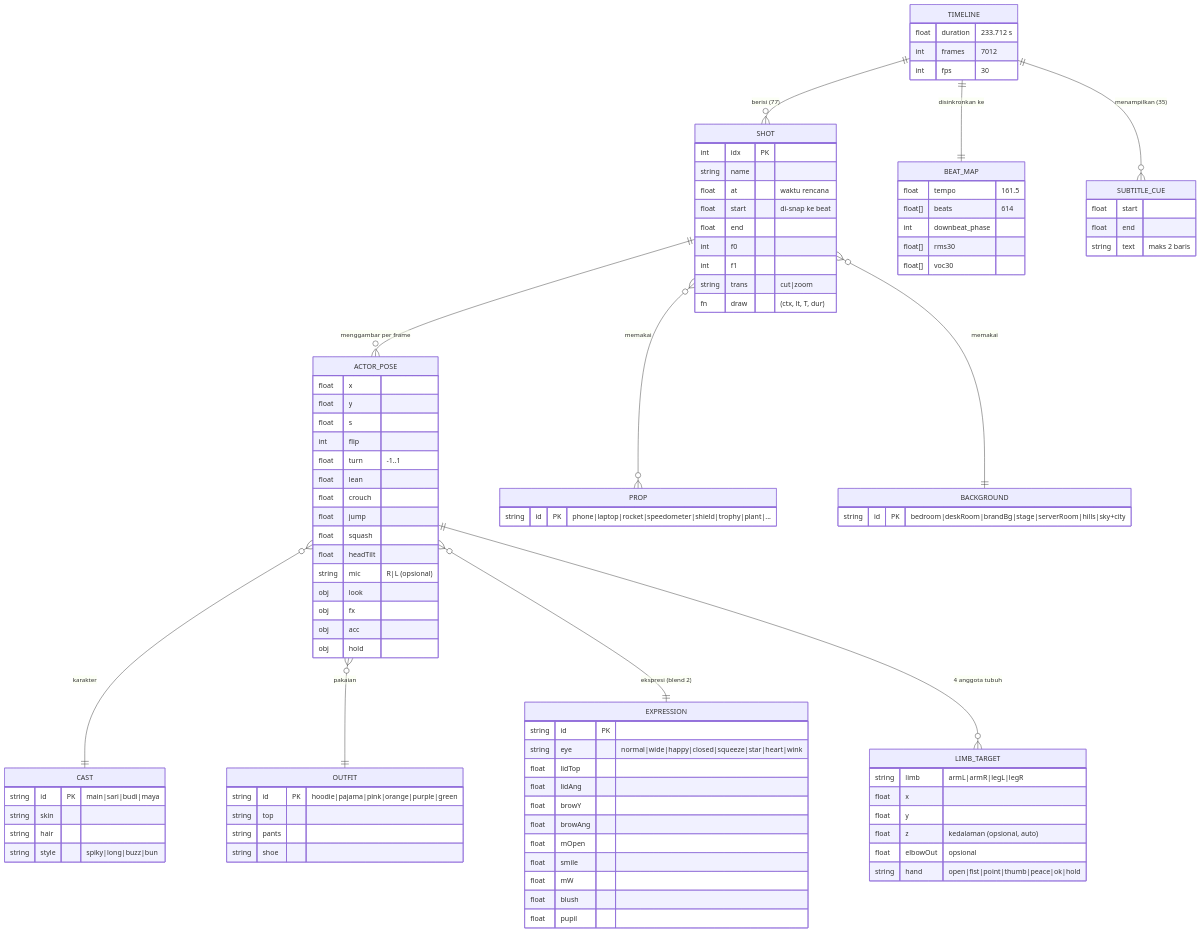
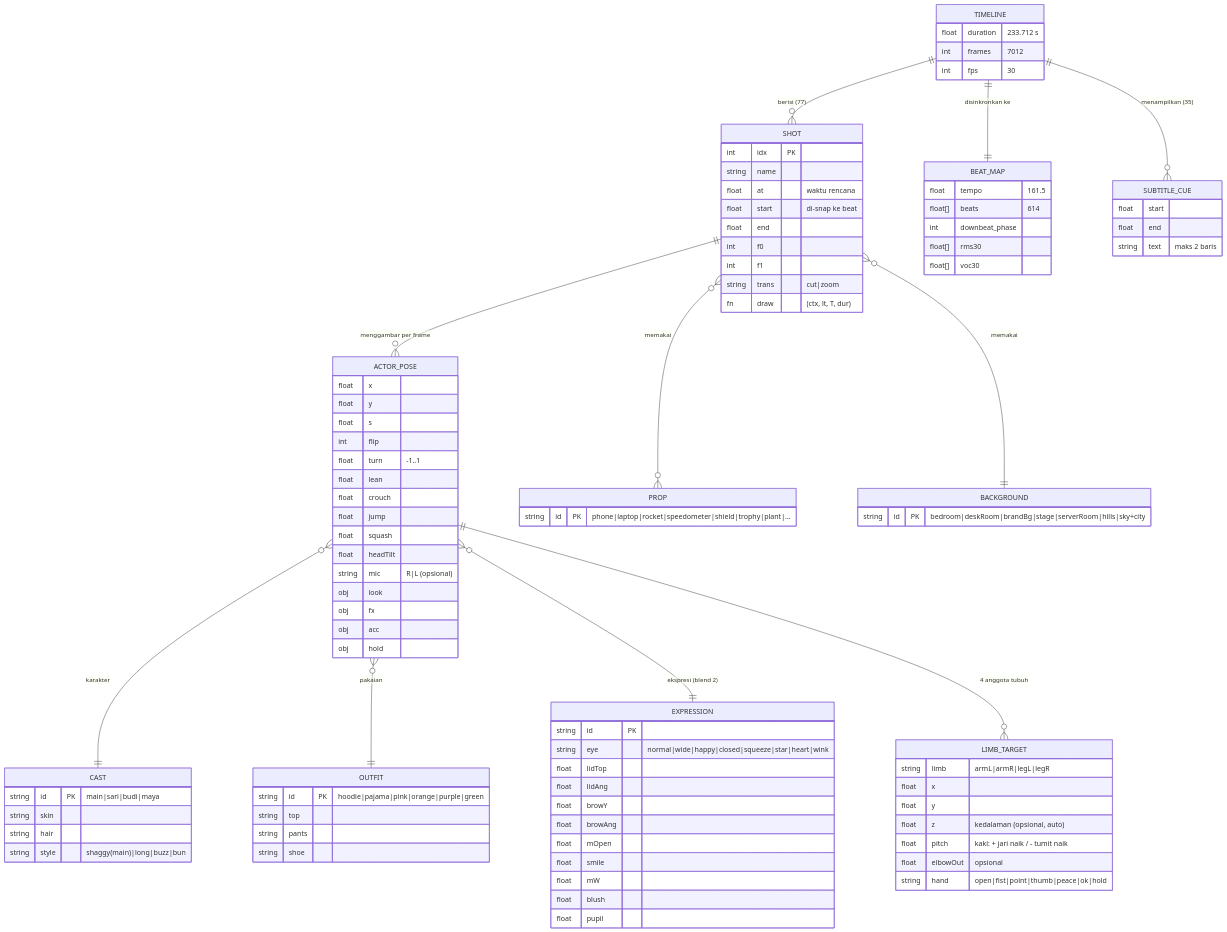
Before and after one commit to Dzbot01/Boosteryuk: the diagram in media/music-video/docs/DATA-MODEL.md, drawn with Mermaid. The commit also changed other lines of this file and 21 other files, not shown here.

````diff
--- a/media/music-video/docs/DATA-MODEL.md
+++ b/media/music-video/docs/DATA-MODEL.md
@@ -5,25 +5,25 @@
 ```mermaid
 erDiagram
     TIMELINE ||--o{ SHOT : "berisi (77)"
     TIMELINE ||--|| BEAT_MAP : "disinkronkan ke"
     TIMELINE ||--o{ SUBTITLE_CUE : "menampilkan (35)"
     SHOT ||--o{ ACTOR_POSE : "menggambar per frame"
     SHOT }o--o{ PROP : "memakai"
     SHOT }o--|| BACKGROUND : "memakai"
     ACTOR_POSE }o--|| CAST : "karakter"
     ACTOR_POSE }o--|| OUTFIT : "pakaian"
     ACTOR_POSE }o--|| EXPRESSION : "ekspresi (blend 2)"
     ACTOR_POSE ||--o{ LIMB_TARGET : "4 anggota tubuh"
 
     TIMELINE { float duration "233.712 s" int frames "7012" int fps "30" }
     SHOT { int idx PK string name float at "waktu rencana" float start "di-snap ke beat" float end int f0 int f1 string trans "cut|zoom" fn draw "(ctx, lt, T, dur)" }
     BEAT_MAP { float tempo "161.5" float[] beats "614" int downbeat_phase float[] rms30 float[] voc30 }
     SUBTITLE_CUE { float start float end string text "maks 2 baris" }
     ACTOR_POSE { float x float y float s int flip float turn "-1..1" float lean float crouch float jump float squash float headTilt string mic "R|L (opsional)" obj look obj fx obj acc obj hold }
-    LIMB_TARGET { string limb "armL|armR|legL|legR" float x float y float z "kedalaman (opsional, auto)" float elbowOut "opsional" string hand "open|fist|point|thumb|peace|ok|hold" }
-    CAST { string id PK "main|sari|budi|maya" string skin string hair string style "spiky|long|buzz|bun" }
+    LIMB_TARGET { string limb "armL|armR|legL|legR" float x float y float z "kedalaman (opsional, auto)" float pitch "kaki: + jari naik / - tumit naik" float elbowOut "opsional" string hand "open|fist|point|thumb|peace|ok|hold" }
+    CAST { string id PK "main|sari|budi|maya" string skin string hair string style "shaggy(main)|long|buzz|bun" }
     OUTFIT { string id PK "hoodie|pajama|pink|orange|purple|green" string top string pants string shoe }
     EXPRESSION { string id PK string eye "normal|wide|happy|closed|squeeze|star|heart|wink" float lidTop float lidAng float browY float browAng float mOpen float smile float mW float blush float pupil }
     PROP { string id PK "phone|laptop|rocket|speedometer|shield|trophy|plant|..." }
     BACKGROUND { string id PK "bedroom|deskRoom|brandBg|stage|serverRoom|hills|sky+city" }
 ```
````
